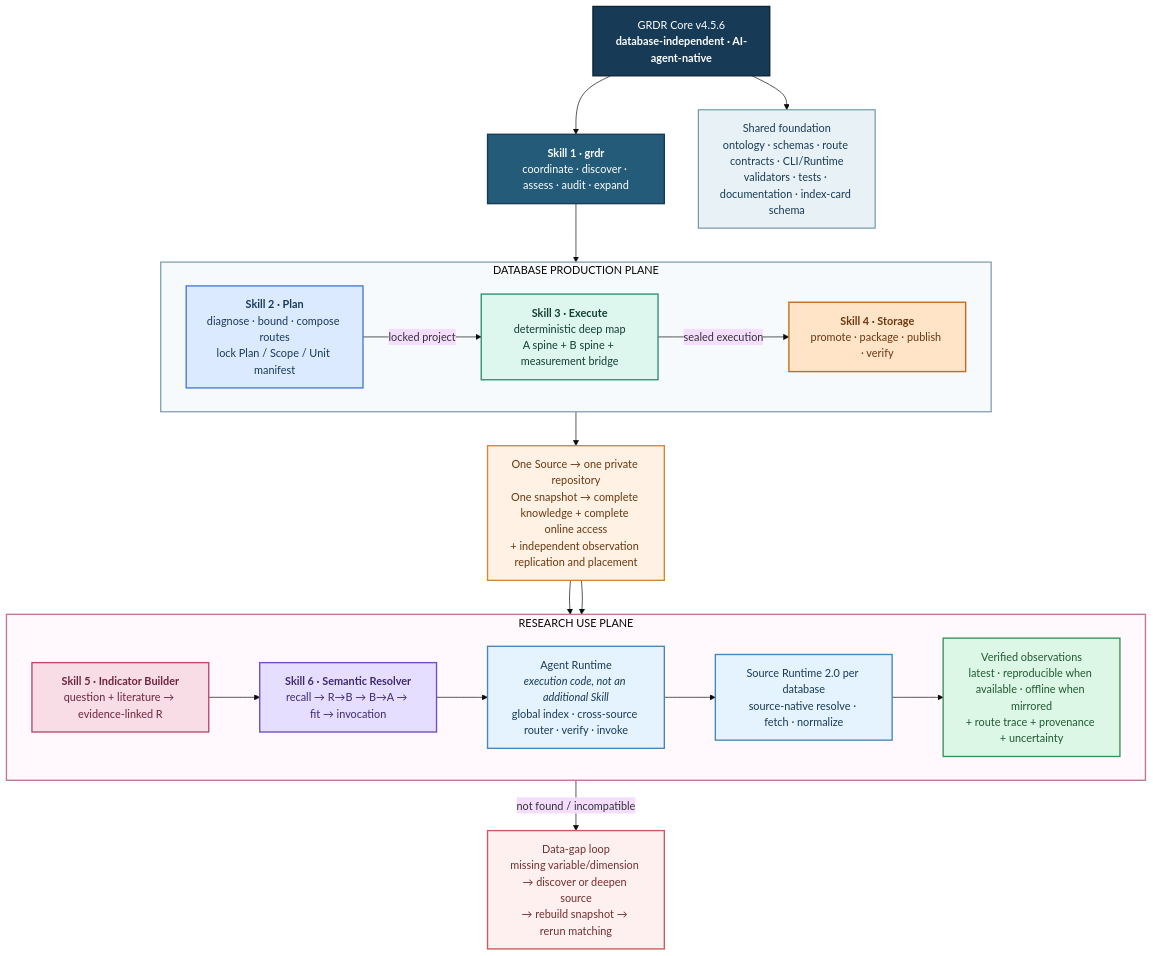
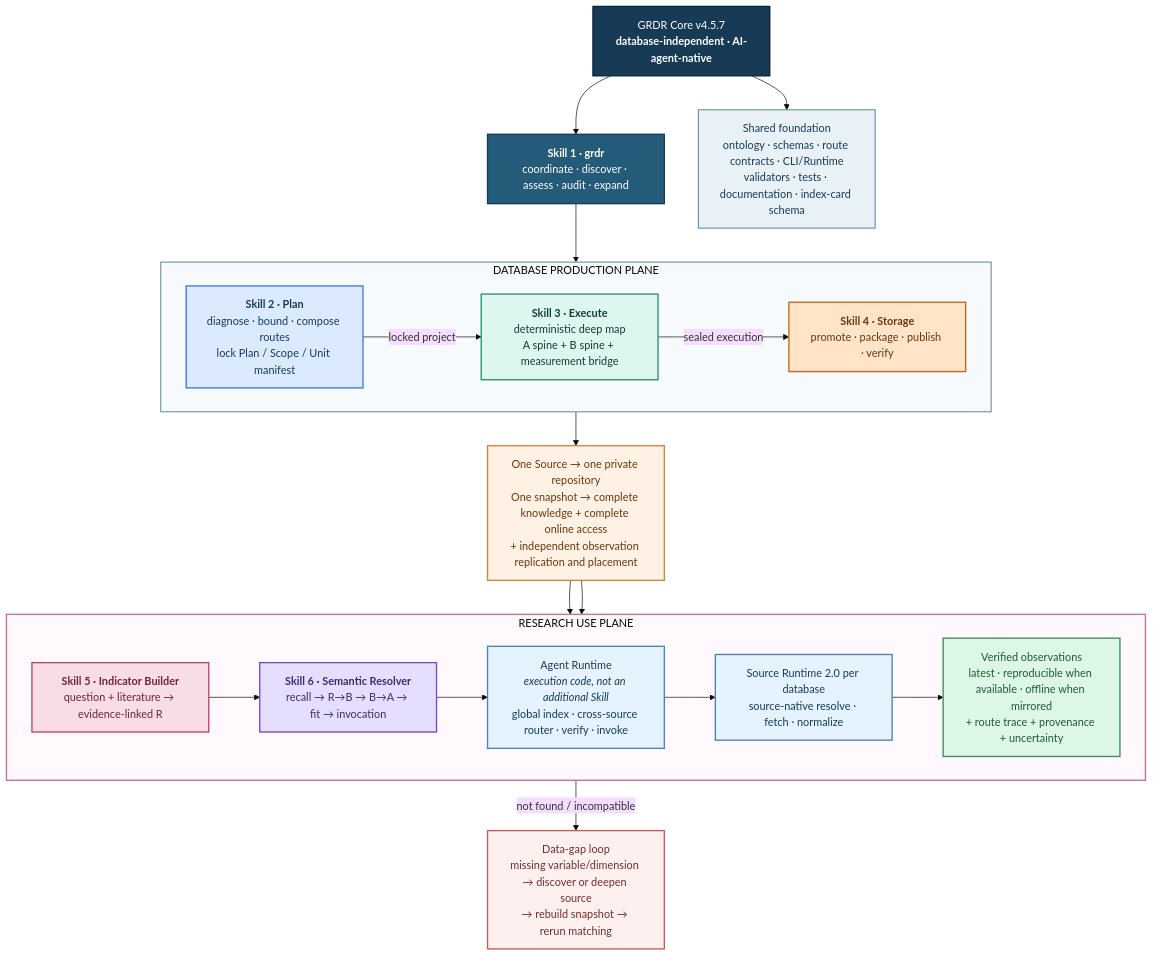
One commit to yangyuezh/grdr-core-version-archive changed the first of 5 diagrams in README.md. Above: the diagram before and after it, drawn with Mermaid (base theme). The commit also changed other lines of this file and 5 other files, not shown here.

Commit message:
release: GRDR Core v4.5.7

````diff
--- a/README.md
+++ b/README.md
@@ -30,51 +30,51 @@
 ```mermaid
 flowchart TB
-    CORE["GRDR Core v4.5.6<br/><b>database-independent · AI-agent-native</b>"]:::core
+    CORE["GRDR Core v4.5.7<br/><b>database-independent · AI-agent-native</b>"]:::core
     COORD["<b>Skill 1 · grdr</b><br/>coordinate · discover · assess · audit · expand"]:::coreSkill
     SHARED["Shared foundation<br/>ontology · schemas · route contracts · CLI/Runtime<br/>validators · tests · documentation · index-card schema"]:::shared
 
     subgraph PROD["DATABASE PRODUCTION PLANE"]
         direction LR
         PLAN_OV["<b>Skill 2 · Plan</b><br/>diagnose · bound · compose routes<br/>lock Plan / Scope / Unit manifest"]:::plan
         EXEC_OV["<b>Skill 3 · Execute</b><br/>deterministic deep map<br/>A spine + B spine + measurement bridge"]:::execute
         STORE_OV["<b>Skill 4 · Storage</b><br/>promote · package · publish · verify"]:::storage
         PLAN_OV -->|"locked project"| EXEC_OV -->|"sealed execution"| STORE_OV
     end
 
     SNAP["One Source → one private repository<br/>One snapshot → complete knowledge + complete online access<br/>+ independent observation replication and placement"]:::artifact
 
     subgraph USE["RESEARCH USE PLANE"]
         direction LR
         BUILD_OV["<b>Skill 5 · Indicator Builder</b><br/>question + literature → evidence-linked R"]:::research
         SEM_OV["<b>Skill 6 · Semantic Resolver</b><br/>recall → R→B → B→A → fit → invocation"]:::semantic
         RUN_OV["Agent Runtime<br/><i>execution code, not an additional Skill</i><br/>global index · cross-source router · verify · invoke"]:::runtime
         SOURCE_RUN_OV["Source Runtime 2.0 per database<br/>source-native resolve · fetch · normalize"]:::runtime
         OUT_OV["Verified observations<br/>latest · reproducible when available · offline when mirrored<br/>+ route trace + provenance + uncertainty"]:::result
         BUILD_OV --> SEM_OV --> RUN_OV --> SOURCE_RUN_OV --> OUT_OV
     end
 
     GAP_OV["Data-gap loop<br/>missing variable/dimension → discover or deepen source<br/>→ rebuild snapshot → rerun matching"]:::gap
 
     CORE --> COORD
     CORE --> SHARED
     COORD --> PLAN_OV
     STORE_OV --> SNAP
     SNAP --> SEM_OV
     SNAP --> RUN_OV
     SEM_OV -->|"not found / incompatible"| GAP_OV
 
     classDef core fill:#173B57,stroke:#0B2538,color:#FFFFFF,stroke-width:2px;
     classDef coreSkill fill:#245B78,stroke:#173B57,color:#FFFFFF,stroke-width:2px;
     classDef shared fill:#E8F1F5,stroke:#5E879A,color:#173B57,stroke-width:1.5px;
     classDef plan fill:#DCEAFF,stroke:#477BD1,color:#173B57,stroke-width:2px;
     classDef execute fill:#DDF7EE,stroke:#2F8F72,color:#123E34,stroke-width:2px;
     classDef storage fill:#FFE4C7,stroke:#C56A1B,color:#69370F,stroke-width:2px;
     classDef artifact fill:#FFF2E5,stroke:#D48638,color:#69370F,stroke-width:2px;
     classDef research fill:#F8DCE6,stroke:#B84A6C,color:#6E243D,stroke-width:2px;
     classDef semantic fill:#E6DEFF,stroke:#6F4FC2,color:#3F2A72,stroke-width:2px;
     classDef runtime fill:#E5F3FF,stroke:#4787B8,color:#173B57,stroke-width:2px;
     classDef result fill:#DDF7E7,stroke:#3D9158,color:#1F5A31,stroke-width:2px;
     classDef gap fill:#FFF0F0,stroke:#C65C5C,color:#722E2E,stroke-width:2px;
     style PROD fill:#F7FAFC,stroke:#8AA4B4,stroke-width:2px
     style USE fill:#FFF8FC,stroke:#BE7790,stroke-width:2px
 ```
````
